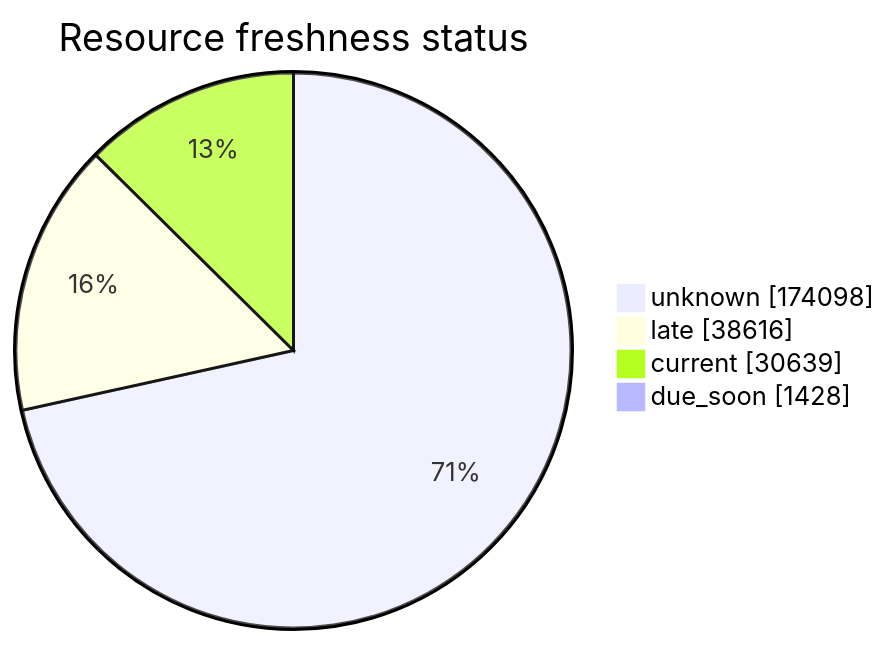
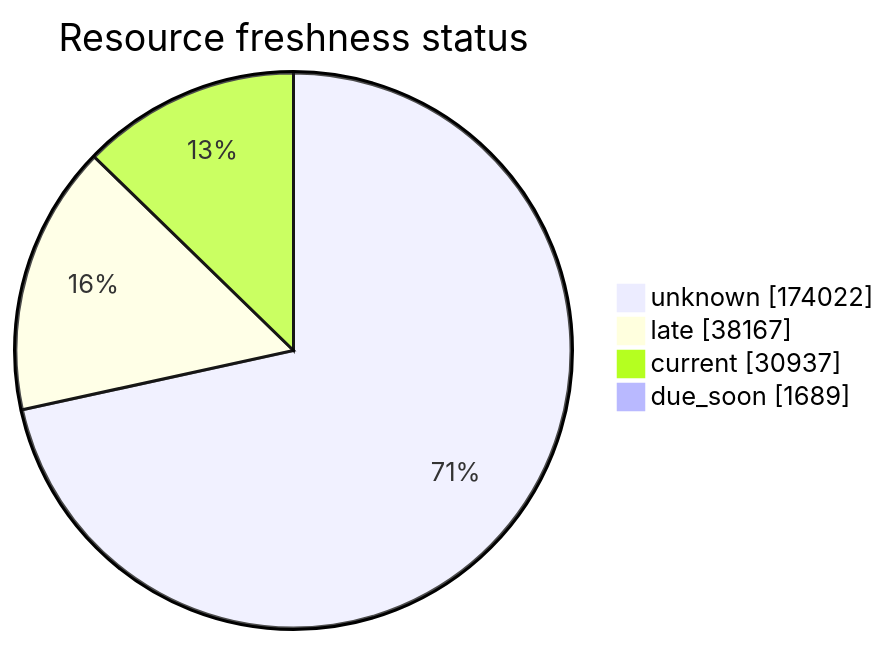
The third of 5 diagrams in FreshCheck/README.md (open-data/analytics-corporate-reporting), drawn with Mermaid before and after one commit. The commit also changed other lines of this file and 3 other files, not shown here.

````diff
--- a/FreshCheck/README.md
+++ b/FreshCheck/README.md
@@ -77,7 +77,7 @@
 ```mermaid
 pie showData title Resource freshness status
-    "unknown": 174098
-    "late": 38616
-    "current": 30639
-    "due_soon": 1428
+    "unknown": 174022
+    "late": 38167
+    "current": 30937
+    "due_soon": 1689
 ```
````
